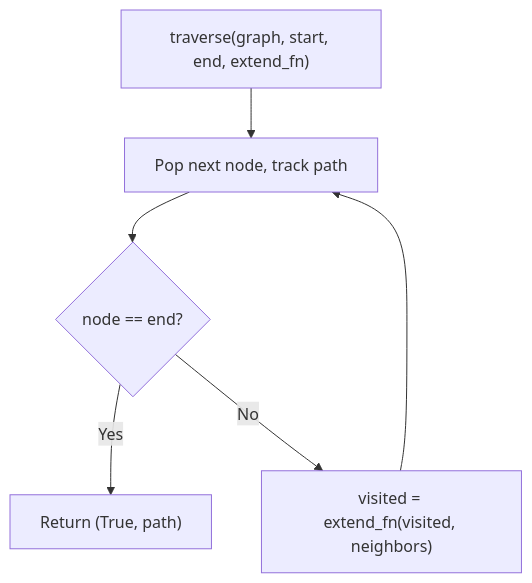
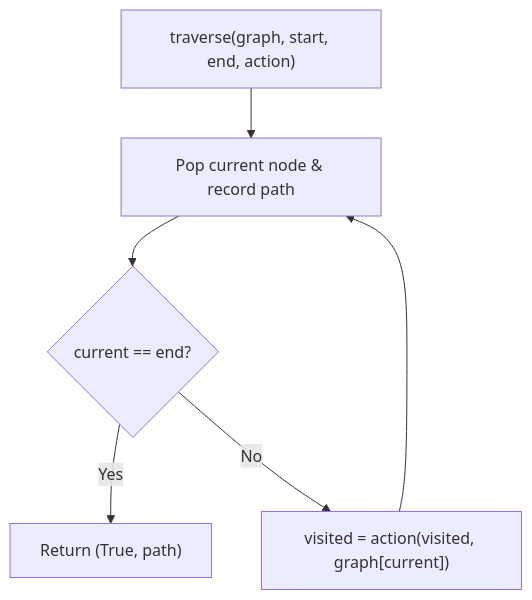
One commit to SanjayR857/All-in-One-Notes changed the diagram in python-design-patterns/behavioral/template.md. Above: the diagram before and after it, drawn with Mermaid. The commit also changed other lines of this file and 40 other files, not shown here.

````diff
--- a/python-design-patterns/behavioral/template.md
+++ b/python-design-patterns/behavioral/template.md
@@ -25,8 +32,8 @@
 ```mermaid
 flowchart TD
-    T["traverse(graph, start, end, extend_fn)"] --> Loop["Pop next node, track path"]
-    Loop --> Check{"node == end?"}
-    Check -- Yes --> Found["Return (True, path)"]
-    Check -- No --> Hook["visited = extend_fn(visited, neighbors)"]
-    Hook --> Loop
+    T["traverse(graph, start, end, action)"] --> Pop["Pop current node & record path"]
+    Pop --> Match{"current == end?"}
+    Match -- Yes --> Done["Return (True, path)"]
+    Match -- No --> Hook["visited = action(visited, graph[current])"]
+    Hook --> Pop
 ```
````
